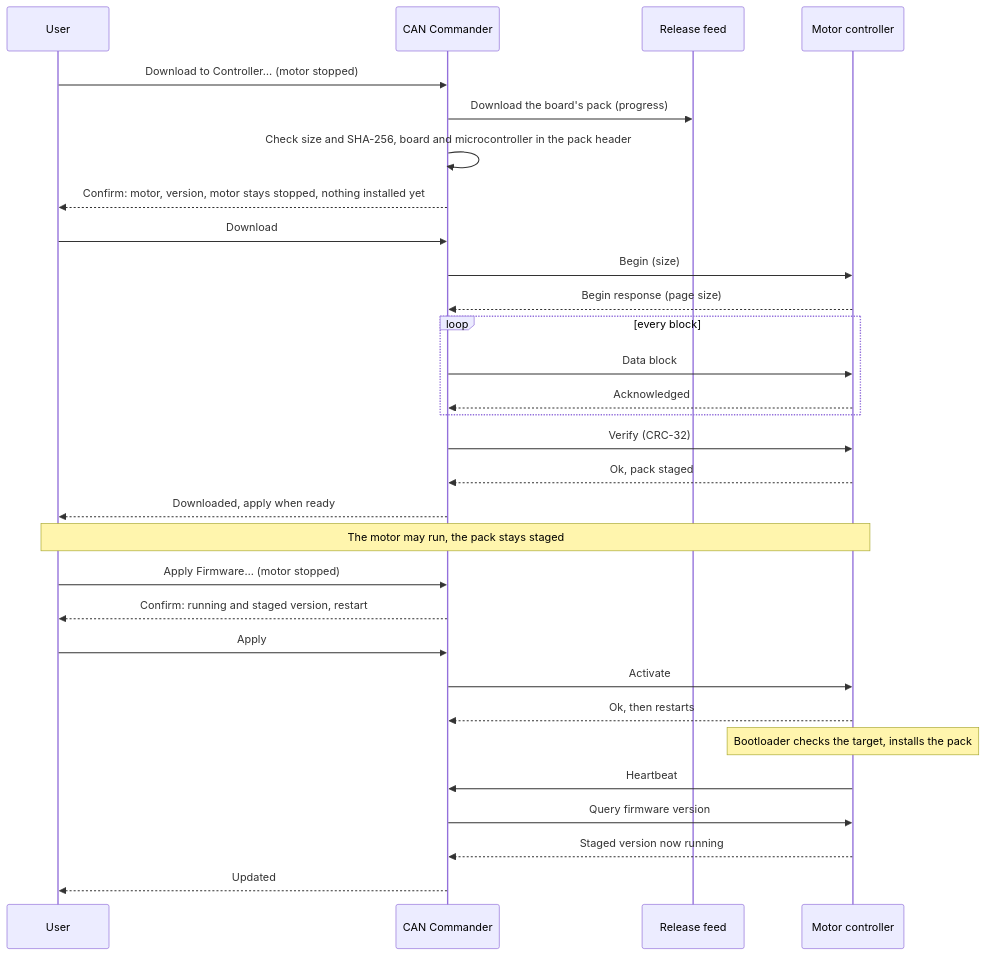
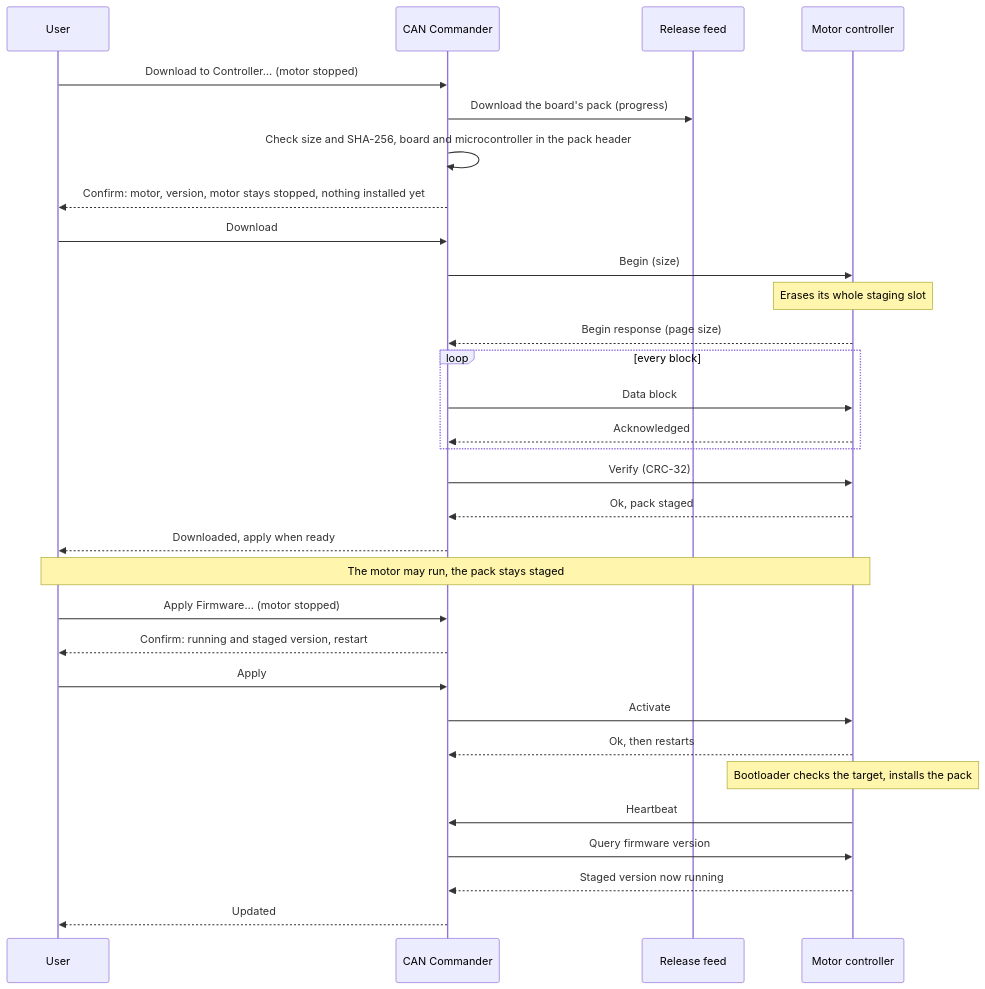
The ninth of 10 diagrams in documentation/design/tool-can-commander.md (embedded-pro/e-foc), drawn with Mermaid before and after one commit. The commit also changed other lines of this file and 3 other files, not shown here.

First line of the commit message:
docs: 256 KB slots, and the staging slot erased before a download

````diff
--- a/documentation/design/tool-can-commander.md
+++ b/documentation/design/tool-can-commander.md
@@ -605,32 +606,33 @@
 ```mermaid
 sequenceDiagram
     participant User
     participant Tool as CAN Commander
     participant Feed as Release feed
     participant Node as Motor controller
     User->>Tool: Download to Controller… (motor stopped)
     Tool->>Feed: Download the board's pack (progress)
     Tool->>Tool: Check size and SHA-256, board and microcontroller in the pack header
     Tool-->>User: Confirm: motor, version, motor stays stopped, nothing installed yet
     User->>Tool: Download
     Tool->>Node: Begin (size)
+    Note over Node: Erases its whole staging slot
     Node-->>Tool: Begin response (page size)
     loop every block
         Tool->>Node: Data block
         Node-->>Tool: Acknowledged
     end
     Tool->>Node: Verify (CRC-32)
     Node-->>Tool: Ok, pack staged
     Tool-->>User: Downloaded, apply when ready
     Note over User,Node: The motor may run, the pack stays staged
     User->>Tool: Apply Firmware… (motor stopped)
     Tool-->>User: Confirm: running and staged version, restart
     User->>Tool: Apply
     Tool->>Node: Activate
     Node-->>Tool: Ok, then restarts
     Note over Node: Bootloader checks the target, installs the pack
     Node->>Tool: Heartbeat
     Tool->>Node: Query firmware version
     Node-->>Tool: Staged version now running
     Tool-->>User: Updated
 ```
````
